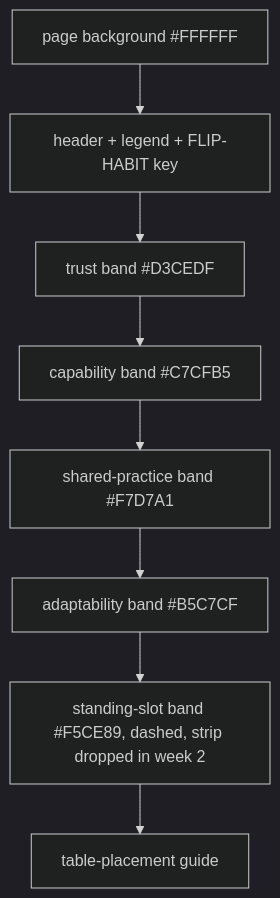
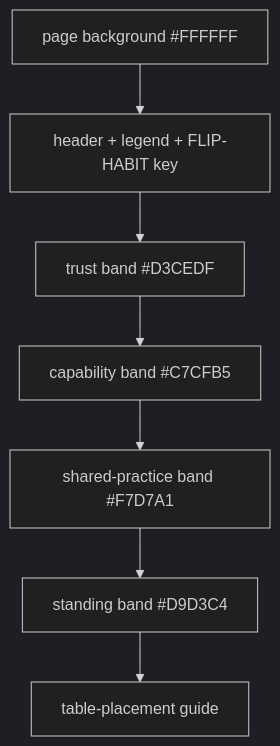
One commit to Hegerstrand/seven-weeks changed the sixth of 11 diagrams in components/specs/boards.md. Above: the diagram before and after it, drawn with Mermaid (dark theme). The commit also changed other lines of this file and 50 other files, not shown here.

````diff
--- a/components/specs/boards.md
+++ b/components/specs/boards.md
@@ -475,10 +479,9 @@
 ```mermaid
 graph TD
   A["page background #FFFFFF"] --> B["header + legend + FLIP-HABIT key"]
   B --> C["trust band #D3CEDF"]
   C --> D["capability band #C7CFB5"]
   D --> E["shared-practice band #F7D7A1"]
-  E --> F["adaptability band #B5C7CF"]
-  F --> G["standing-slot band #F5CE89, dashed, strip dropped in week 2"]
-  G --> H["table-placement guide"]
+  E --> F["standing band #D9D3C4"]
+  F --> H["table-placement guide"]
 ```
````
